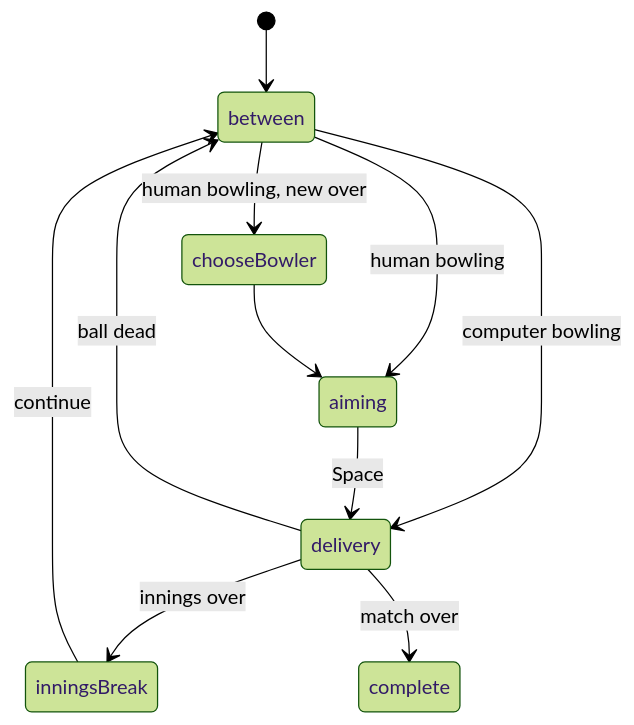
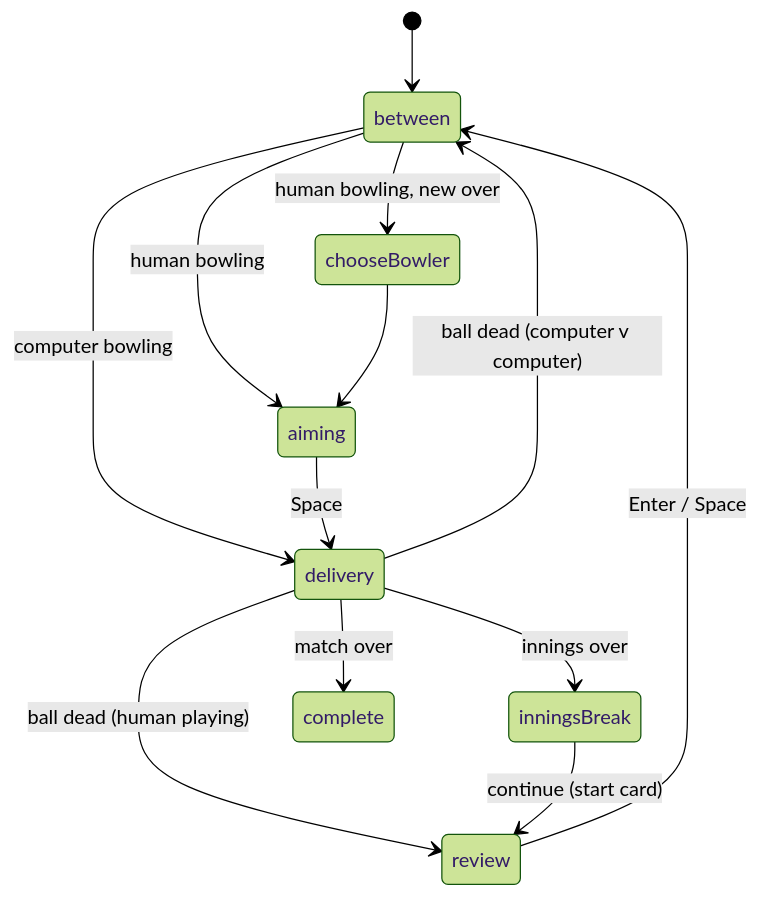
The third of 7 diagrams in docs/TECHNICAL_ARCHITECTURE.md (anand1296/Crease), drawn with Mermaid (forest theme) before and after one commit. The commit also changed other lines of this file and 18 other files, not shown here.

````diff
--- a/docs/TECHNICAL_ARCHITECTURE.md
+++ b/docs/TECHNICAL_ARCHITECTURE.md
@@ -181,13 +181,15 @@
 ```mermaid
 stateDiagram-v2
   [*] --> between
   between --> chooseBowler: human bowling, new over
   between --> aiming: human bowling
   between --> delivery: computer bowling
   chooseBowler --> aiming
   aiming --> delivery: Space
-  delivery --> between: ball dead
+  delivery --> review: ball dead (human playing)
+  delivery --> between: ball dead (computer v computer)
+  review --> between: Enter / Space
   delivery --> inningsBreak: innings over
-  inningsBreak --> between: continue
+  inningsBreak --> review: continue (start card)
   delivery --> complete: match over
 ```
````
